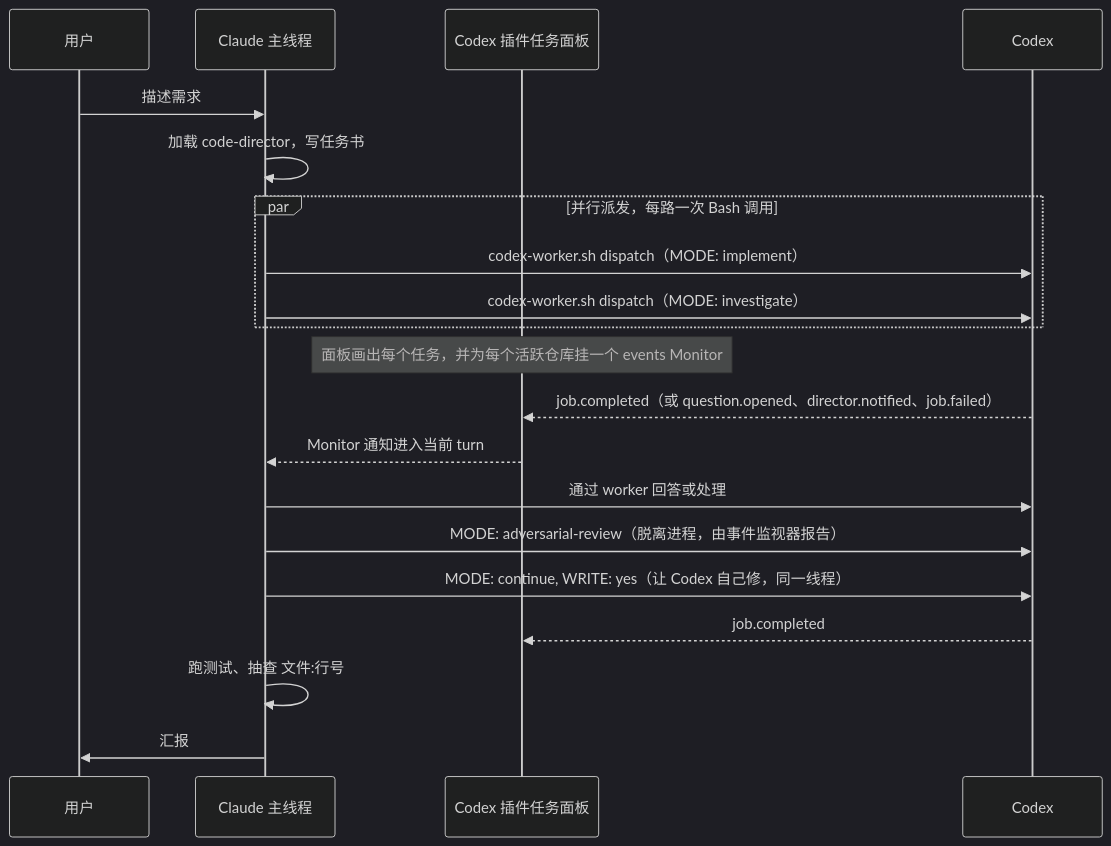
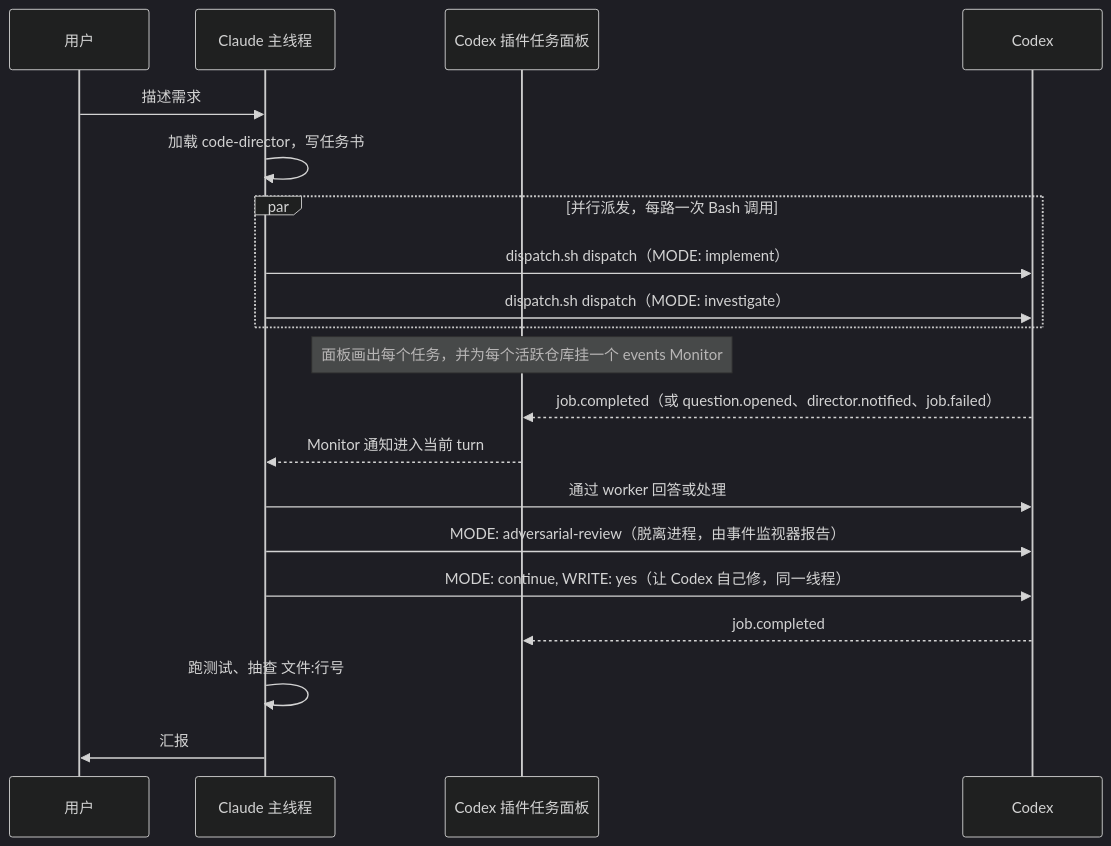
Before and after one commit to y-cruce/code-director: the diagram in README.zh-CN.md, drawn with Mermaid (dark theme). The commit also changed other lines of this file and 4 other files, not shown here.

First line of the commit message:
Worker: rename codex-worker.sh to dispatch.sh

````diff
--- a/README.zh-CN.md
+++ b/README.zh-CN.md
@@ -21,23 +21,23 @@
 ```mermaid
 sequenceDiagram
     participant U as 用户
     participant C as Claude 主线程
     participant P as Codex 插件任务面板
     participant X as Codex
 
     U->>C: 描述需求
     C->>C: 加载 code-director，写任务书
     par 并行派发，每路一次 Bash 调用
-        C->>X: codex-worker.sh dispatch（MODE: implement）
-        C->>X: codex-worker.sh dispatch（MODE: investigate）
+        C->>X: dispatch.sh dispatch（MODE: implement）
+        C->>X: dispatch.sh dispatch（MODE: investigate）
     end
     Note over P: 面板画出每个任务，并为每个活跃仓库挂一个 events Monitor
     X-->>P: job.completed（或 question.opened、director.notified、job.failed）
     P-->>C: Monitor 通知进入当前 turn
     C->>X: 通过 worker 回答或处理
     C->>X: MODE: adversarial-review（脱离进程，由事件监视器报告）
     C->>X: MODE: continue, WRITE: yes（让 Codex 自己修，同一线程）
     X-->>P: job.completed
     C->>C: 跑测试、抽查 文件:行号
     C->>U: 汇报
 ```
````
